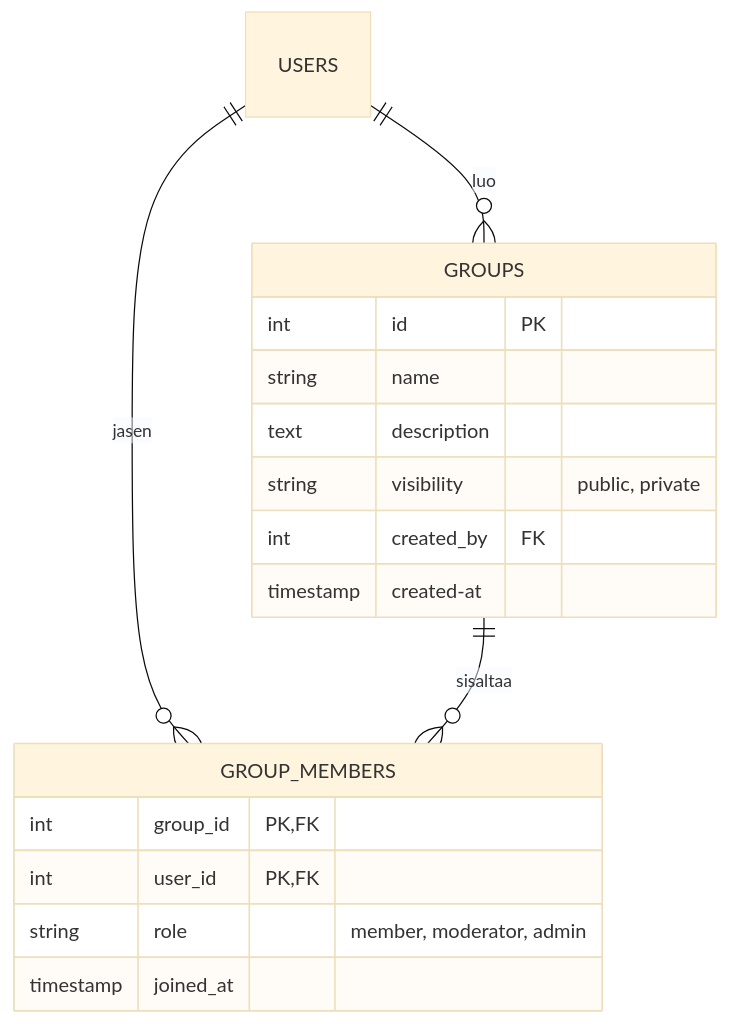
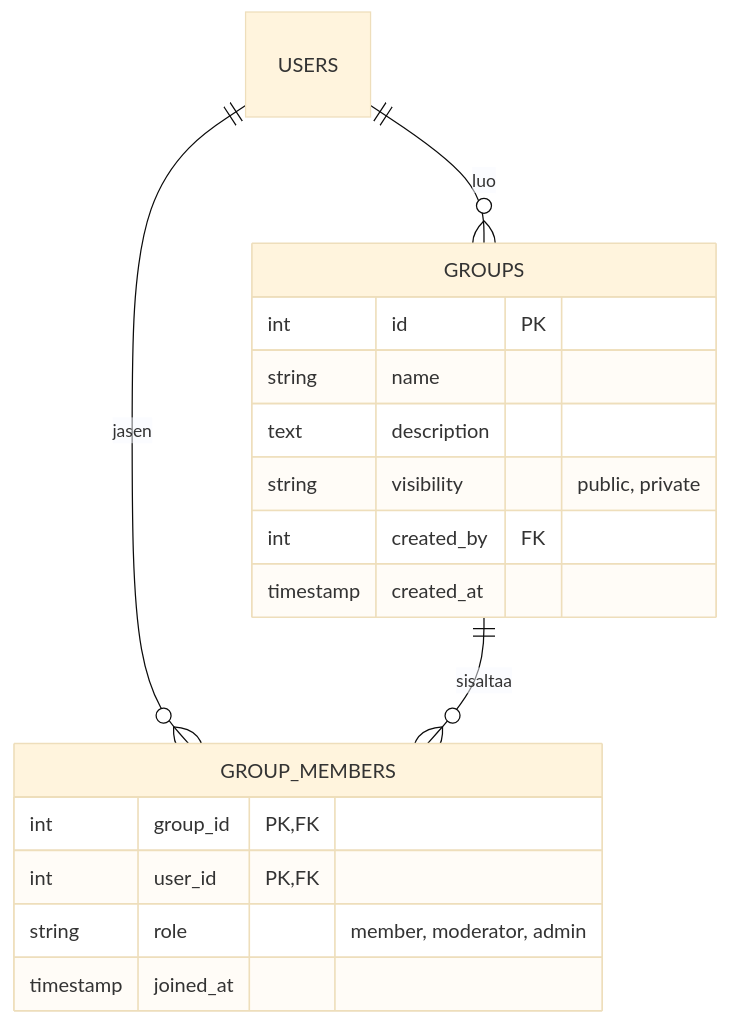
Before and after one commit to N3mN3mm/web-ohjelmoinnin-sovellusprojekti: the second of 3 diagrams in docs/erd.md, drawn with Mermaid (base theme). The commit also changed other lines of this file, not shown here.

Commit message:
docs: ERD:n vaatimusviitteet vastaamaan mainin numerointia

````diff
--- a/docs/erd.md
+++ b/docs/erd.md
@@ -37,21 +37,21 @@
 ```mermaid
 erDiagram
     USERS ||--o{ GROUP_MEMBERS : jasen
     GROUPS ||--o{ GROUP_MEMBERS : sisaltaa
     USERS ||--o{ GROUPS : luo
 
     GROUPS {
         int id PK
         string name
         text description
         string visibility "public, private"
         int created_by FK
-        timestamp created-at
+        timestamp created_at
     }
     GROUP_MEMBERS {
         int group_id PK, FK
         int user_id PK, FK
         string role "member, moderator, admin"
         timestamp joined_at
     }
 ```
````
